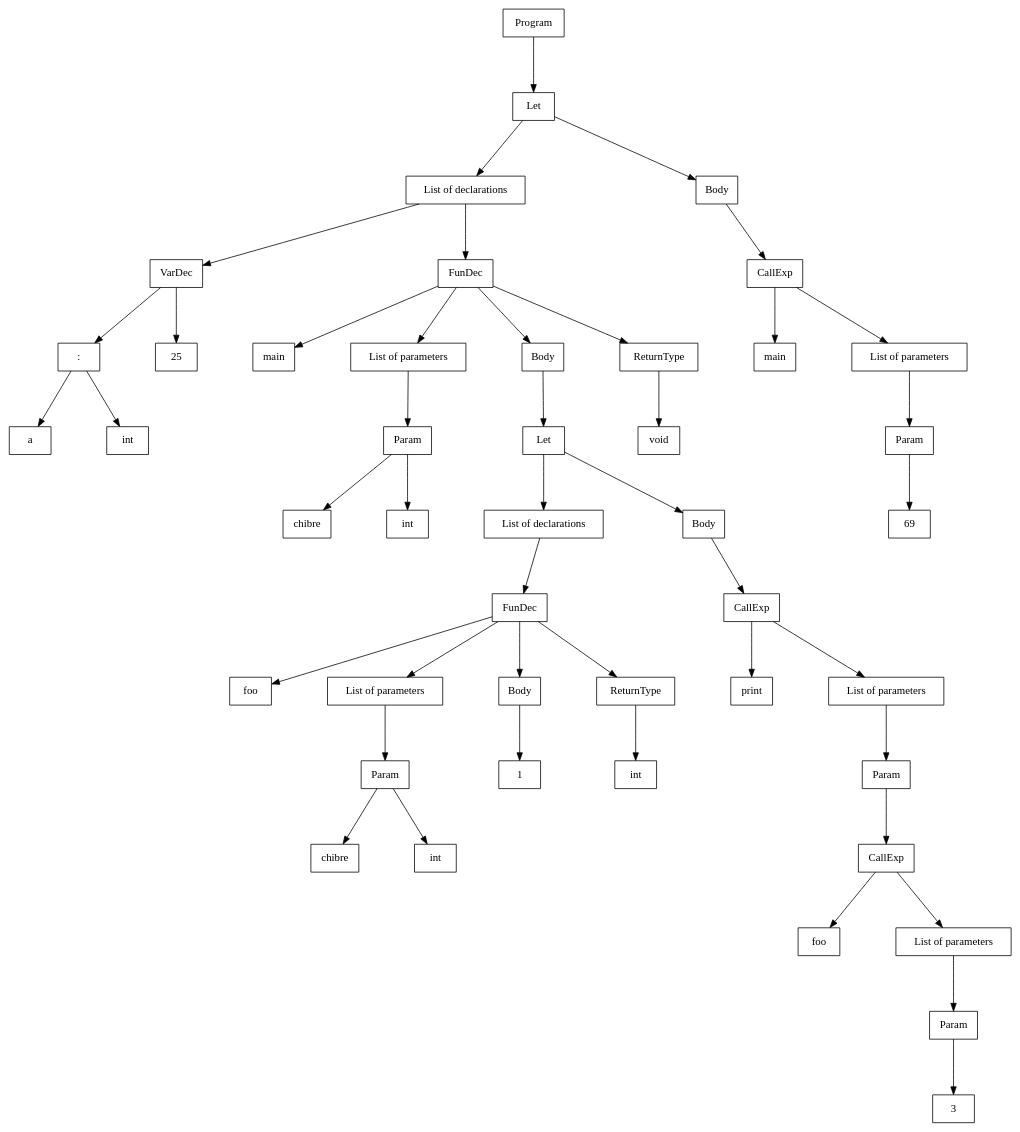
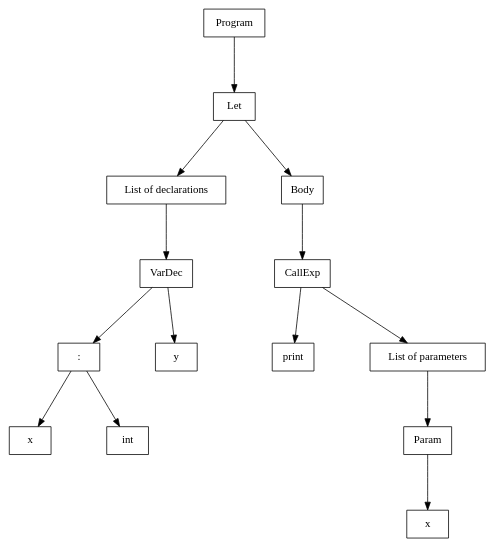
One commit to BigBaz54/Tiger_compiler changed the diagram in out/tree.dot. Above: the diagram before and after it, drawn with Graphviz. The commit also changed 5 other files, not shown here.

```diff
--- a/out/tree.dot
+++ b/out/tree.dot
@@ -1,96 +1,34 @@
 digraph "ast"{
 
 	nodesep=1;
 	ranksep=1;
 
 	N1 [label="Let", shape="box"];
 	N2 [label="List of declarations", shape="box"];
 	N3 [label="VarDec", shape="box"];
 	N4 [label=":", shape="box"];
-	N5 [label="a", shape="box"];
+	N5 [label="x", shape="box"];
 	N6 [label="int", shape="box"];
-	N7 [label="25", shape="box"];
-	N8 [label="FunDec", shape="box"];
-	N9 [label="main", shape="box"];
-	N10 [label="List of parameters", shape="box"];
-	N11 [label="chibre", shape="box"];
-	N12 [label="int", shape="box"];
+	N7 [label="y", shape="box"];
+	N8 [label="Body", shape="box"];
+	N9 [label="CallExp", shape="box"];
+	N10 [label="print", shape="box"];
+	N11 [label="List of parameters", shape="box"];
+	N12 [label="x", shape="box"];
 	N13 [label="Param", shape="box"];
-	N14 [label="Body", shape="box"];
-	N15 [label="Let", shape="box"];
-	N16 [label="List of declarations", shape="box"];
-	N17 [label="FunDec", shape="box"];
-	N18 [label="foo", shape="box"];
-	N19 [label="List of parameters", shape="box"];
-	N20 [label="chibre", shape="box"];
-	N21 [label="int", shape="box"];
-	N22 [label="Param", shape="box"];
-	N23 [label="Body", shape="box"];
-	N24 [label="1", shape="box"];
-	N25 [label="ReturnType", shape="box"];
-	N26 [label="int", shape="box"];
-	N27 [label="Body", shape="box"];
-	N28 [label="CallExp", shape="box"];
-	N29 [label="print", shape="box"];
-	N30 [label="List of parameters", shape="box"];
-	N31 [label="CallExp", shape="box"];
-	N32 [label="foo", shape="box"];
-	N33 [label="List of parameters", shape="box"];
-	N34 [label="3", shape="box"];
-	N35 [label="Param", shape="box"];
-	N36 [label="Param", shape="box"];
-	N37 [label="ReturnType", shape="box"];
-	N38 [label="void", shape="box"];
-	N39 [label="Body", shape="box"];
-	N40 [label="CallExp", shape="box"];
-	N41 [label="main", shape="box"];
-	N42 [label="List of parameters", shape="box"];
-	N43 [label="69", shape="box"];
-	N44 [label="Param", shape="box"];
 	N0 [label="Program", shape="box"];
 
 	N1 -> N2; 
 	N4 -> N5; 
 	N4 -> N6; 
 	N3 -> N4; 
 	N3 -> N7; 
 	N2 -> N3; 
-	N13 -> N11; 
+	N1 -> N8; 
+	N9 -> N10; 
 	N13 -> N12; 
-	N10 -> N13; 
-	N15 -> N16; 
-	N22 -> N20; 
-	N22 -> N21; 
-	N19 -> N22; 
-	N17 -> N18; 
-	N17 -> N19; 
-	N17 -> N23; 
-	N23 -> N24; 
-	N17 -> N25; 
-	N25 -> N26; 
-	N16 -> N17; 
-	N15 -> N27; 
-	N28 -> N29; 
-	N31 -> N32; 
-	N35 -> N34; 
-	N33 -> N35; 
-	N31 -> N33; 
-	N36 -> N31; 
-	N30 -> N36; 
-	N28 -> N30; 
-	N27 -> N28; 
+	N11 -> N13; 
+	N9 -> N11; 
 	N8 -> N9; 
-	N8 -> N10; 
-	N8 -> N14; 
-	N14 -> N15; 
-	N8 -> N37; 
-	N37 -> N38; 
-	N2 -> N8; 
-	N1 -> N39; 
-	N40 -> N41; 
-	N44 -> N43; 
-	N42 -> N44; 
-	N40 -> N42; 
-	N39 -> N40; 
 	N0 -> N1; 
 }
```
